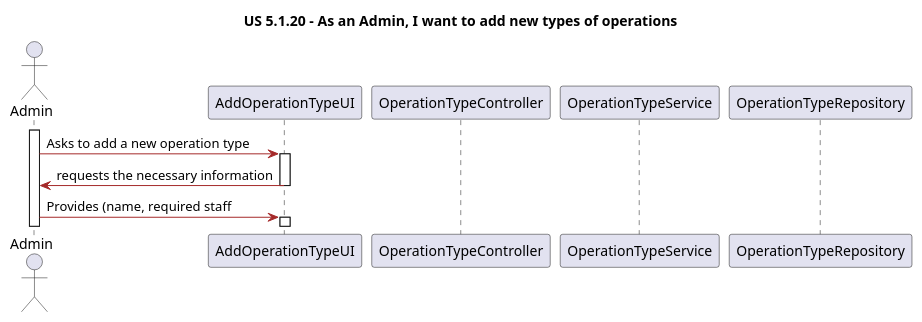
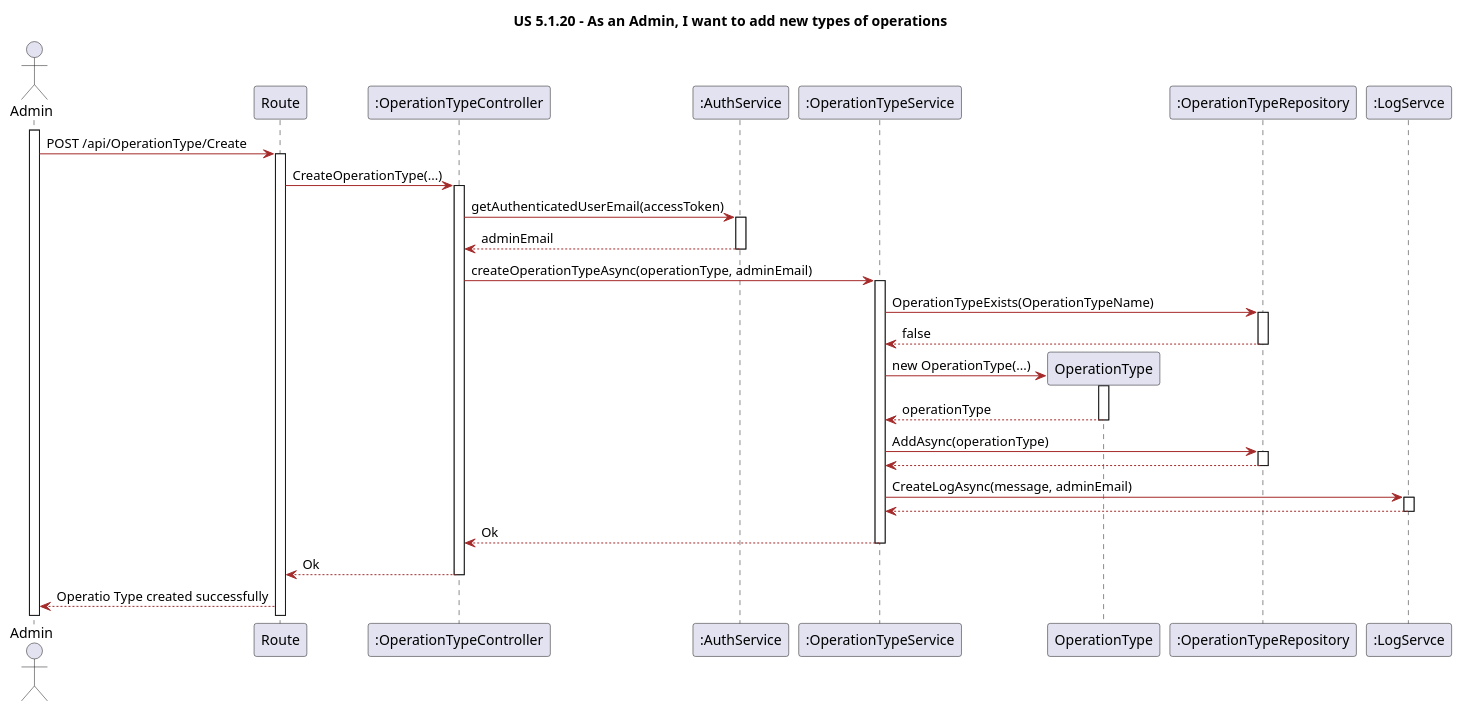
Before and after one commit to LAPR5-043/sem_5_24_25_043: the diagram in Docs/Sprint1/UserStories/LAPR5/us5120/design/puml/sequence-diagram.puml, drawn with PlantUML. The commit also changed 7 other files, not shown here.

```diff
--- a/Docs/Sprint1/UserStories/LAPR5/us5120/design/puml/sequence-diagram.puml
+++ b/Docs/Sprint1/UserStories/LAPR5/us5120/design/puml/sequence-diagram.puml
@@ -1,51 +1,101 @@
 @startuml
 
 
 title US 5.1.20 - As an Admin, I want to add new types of operations
 
 skinparam classAttributeIconSize 0
 
 skinparam class {
     LifeLineBorderColor DodgerBlue
     LifeLineBackgroundColor APPLICATION
     BackgroundColor LemonChiffon
     ArrowColor Brown
     BorderColor SaddleBrown
 }
 
 skinparam packageStyle rectangle
 
 skinparam card {
     LifeLineBorderColor DodgerBlue
     LifeLineBackgroundColor APPLICATION
     BackgroundColor LemonChiffon
     ArrowColor Brown
     BorderColor SaddleBrown
 }
 
 actor "Admin" as Admin
 
-participant "AddOperationTypeUI" as UI
-participant "OperationTypeController" as Controller
-participant "OperationTypeService" as Service
-participant "OperationTypeRepository" as Repository
+participant "Route" as Route
+participant ":OperationTypeController" as Controller
+participant ":AuthService" as AS
+participant ":OperationTypeService" as Service
+participant "OperationType" as OperationType
+participant ":OperationTypeRepository" as Repository
+participant ":LogServce" as LogService
 
 
 activate Admin
 
-Admin -> UI: Asks to add a new operation type
+Admin -> Route: POST /api/OperationType/Create
 
-activate UI
+activate Route
 
-UI -> Admin: requests the necessary information
+Route -> Controller: CreateOperationType(...)
 
-deactivate UI
+activate Controller
 
-Admin -> UI: Provides (name, required staff 
+Controller -> AS: getAuthenticatedUserEmail(accessToken)
 
-activate UI
+activate AS
 
+AS --> Controller: adminEmail
 
+deactivate AS
 
+Controller -> Service: createOperationTypeAsync(operationType, adminEmail)
+
+activate Service
+
+Service -> Repository: OperationTypeExists(OperationTypeName)
+
+activate Repository
+
+Repository --> Service: false
+
+deactivate Repository
+
+Service -> OperationType**: new OperationType(...)
+
+activate OperationType
+
+OperationType --> Service: operationType
+
+deactivate OperationType
+
+Service -> Repository: AddAsync(operationType)
+
+activate Repository
+
+Repository --> Service: 
+
+deactivate Repository
+
+Service -> LogService: CreateLogAsync(message, adminEmail)
+
+activate LogService
+
+LogService --> Service:
+
+deactivate LogService
+
+Service --> Controller: Ok
+
+deactivate Service
+
+Controller --> Route: Ok
+
+deactivate Controller
+
+Route --> Admin: Operatio Type created successfully
 
 @enduml
```
